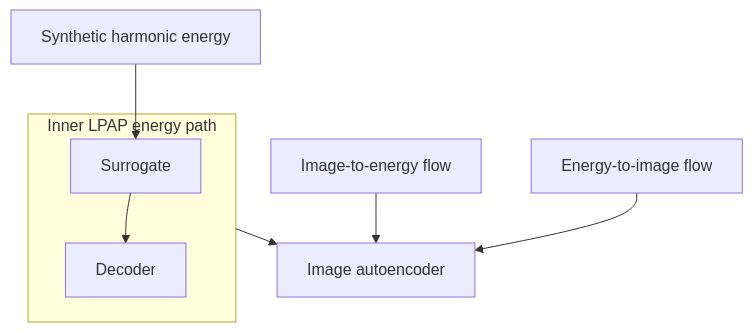
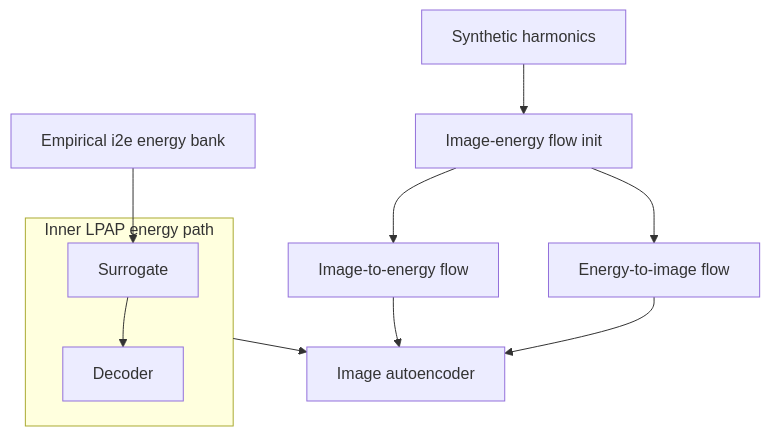
One commit to matovitch/lpap changed the diagram in doc/index.md. Above: the diagram before and after it, drawn with Mermaid. The commit also changed 36 other files, not shown here.

First line of the commit message:
Train LPAP teachers on energy banks, not harmonics.

````diff
--- a/doc/index.md
+++ b/doc/index.md
@@ -45,16 +45,19 @@
 ```mermaid
 flowchart TD
-    synthetic[Synthetic harmonic energy] --> surrogate[Surrogate]
+    energy_bank[Empirical i2e energy bank] --> surrogate[Surrogate]
     surrogate --> decoder[Decoder]
+    harmonics[Synthetic harmonics] --> flow[Image-energy flow init]
     i2e[Image-to-energy flow]
     e2i[Energy-to-image flow]
 
     subgraph inner [Inner LPAP energy path]
         surrogate
         decoder
     end
 
+    flow --> i2e
+    flow --> e2i
     i2e --> autoencoder[Image autoencoder]
     e2i --> autoencoder
     inner --> autoencoder
 ```
````
